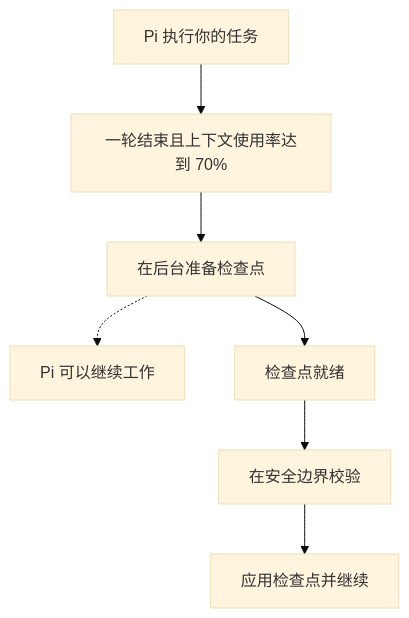
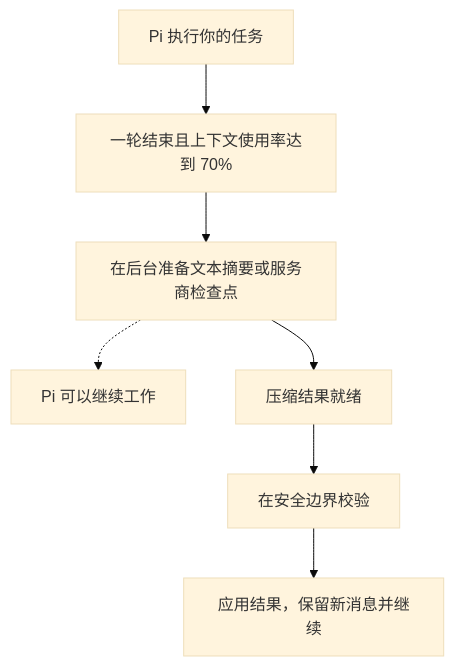
One commit to AHGGG/pi-background-compaction changed the diagram in README.zh-CN.md. Above: the diagram before and after it, drawn with Mermaid (base theme). The commit also changed other lines of this file and 10 other files, not shown here.

````diff
--- a/README.zh-CN.md
+++ b/README.zh-CN.md
@@ -43,9 +56,9 @@
 ```mermaid
 flowchart TD
     A[Pi 执行你的任务] --> B[一轮结束且上下文使用率达到 70%]
-    B --> C[在后台准备检查点]
+    B --> C[在后台准备文本摘要或服务商检查点]
     C -.-> D[Pi 可以继续工作]
-    C --> E[检查点就绪]
+    C --> E[压缩结果就绪]
     E --> F[在安全边界校验]
-    F --> G[应用检查点并继续]
+    F --> G[应用结果，保留新消息并继续]
 ```
````
